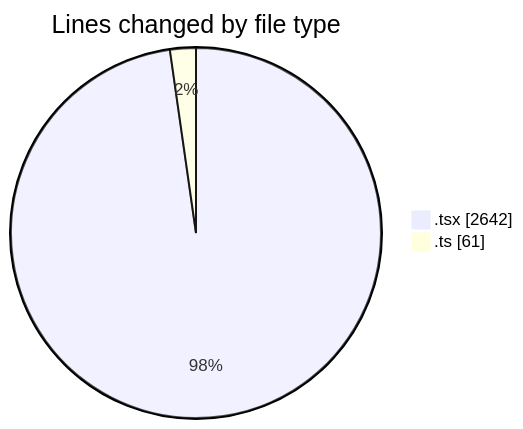
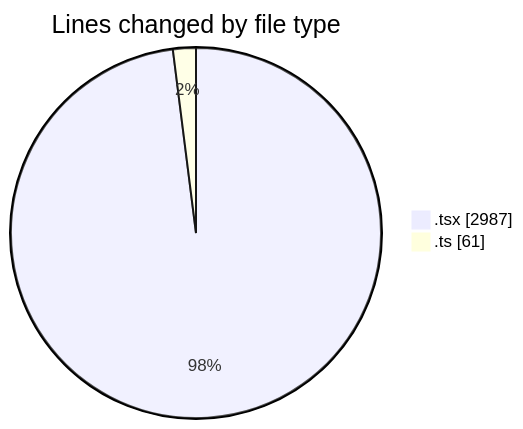
One commit to julien-gomy/code-tracking changed the first of 2 diagrams in 2025-11-18/eventscop-frontend-guide__workspace_/README.md. Above: the diagram before and after it, drawn with Mermaid. The commit also changed other lines of this file and 1 other file, not shown here.

````diff
--- a/2025-11-18/eventscop-frontend-guide__workspace_/README.md
+++ b/2025-11-18/eventscop-frontend-guide__workspace_/README.md
@@ -35,6 +39,6 @@
 ```mermaid
 pie showData
 title Lines changed by file type
-".tsx" : 2642
+".tsx" : 2987
 ".ts" : 61
 ```
````
